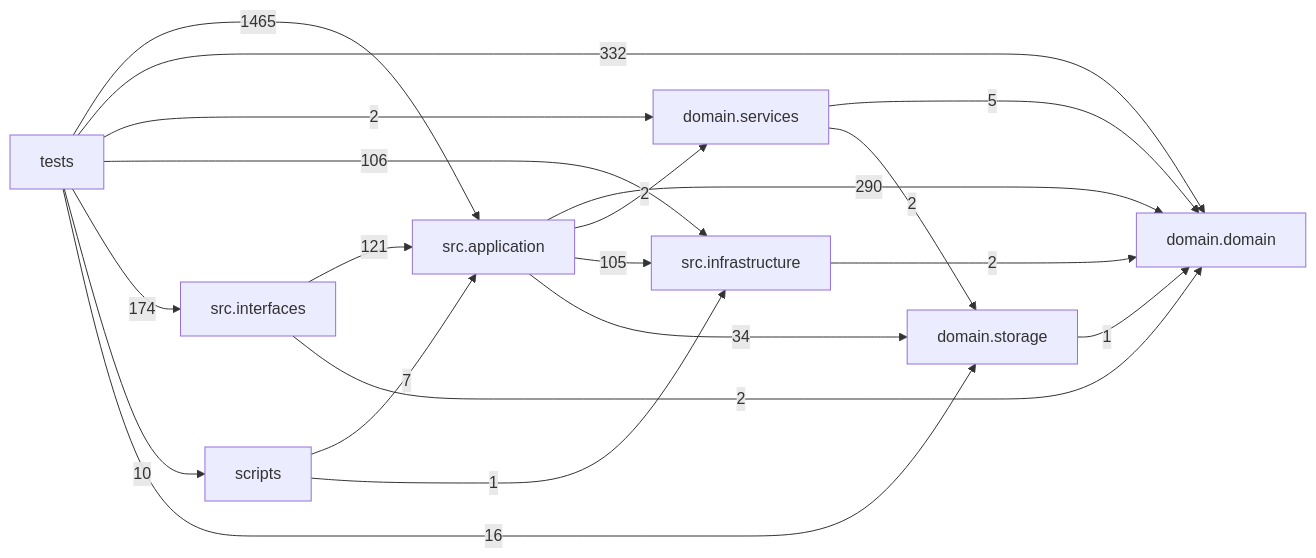
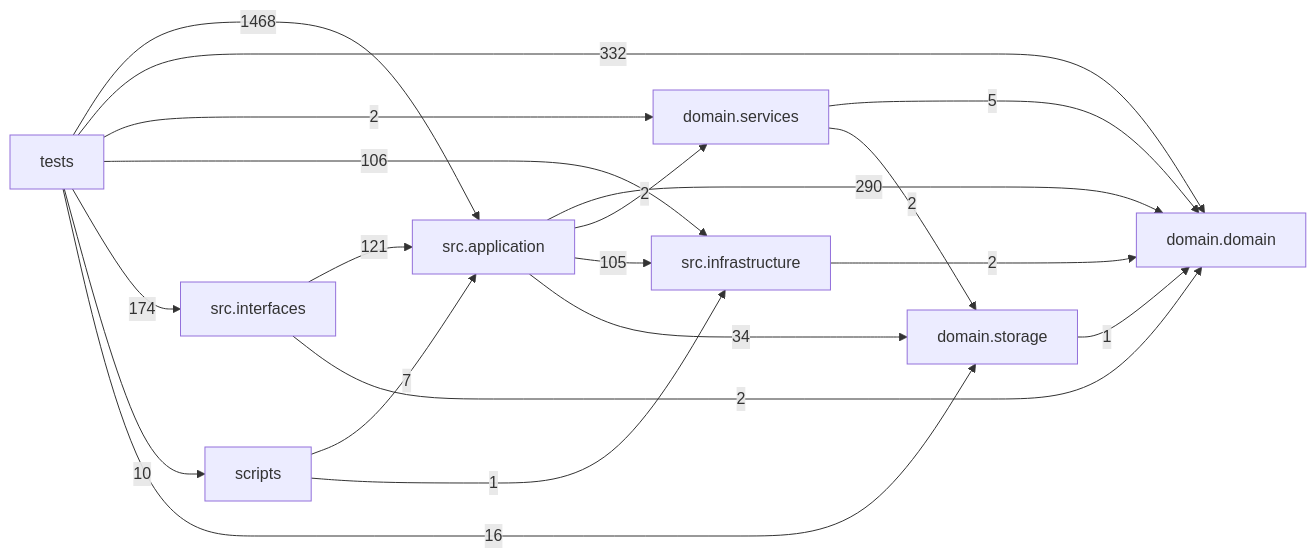
The diagram in docs/DEPENDENCY_GRAPH.md (liuxie066/options-monitor), drawn with Mermaid before and after one commit. The commit also changed other lines of this file and 2 other files, not shown here.

````diff
--- a/docs/DEPENDENCY_GRAPH.md
+++ b/docs/DEPENDENCY_GRAPH.md
@@ -24,30 +24,30 @@
 ```mermaid
 flowchart LR
   tests["tests"]
   scripts["scripts"]
   interfaces["src.interfaces"]
   application["src.application"]
   infrastructure["src.infrastructure"]
   domain_services["domain.services"]
   domain["domain.domain"]
   storage["domain.storage"]
   application -->|290| domain
   application -->|2| domain_services
   application -->|105| infrastructure
   application -->|34| storage
   domain_services -->|5| domain
   domain_services -->|2| storage
   infrastructure -->|2| domain
   interfaces -->|121| application
   interfaces -->|2| domain
   scripts -->|7| application
   scripts -->|1| infrastructure
   storage -->|1| domain
-  tests -->|1465| application
+  tests -->|1468| application
   tests -->|332| domain
   tests -->|2| domain_services
   tests -->|106| infrastructure
   tests -->|174| interfaces
   tests -->|10| scripts
   tests -->|16| storage
 ```
````
